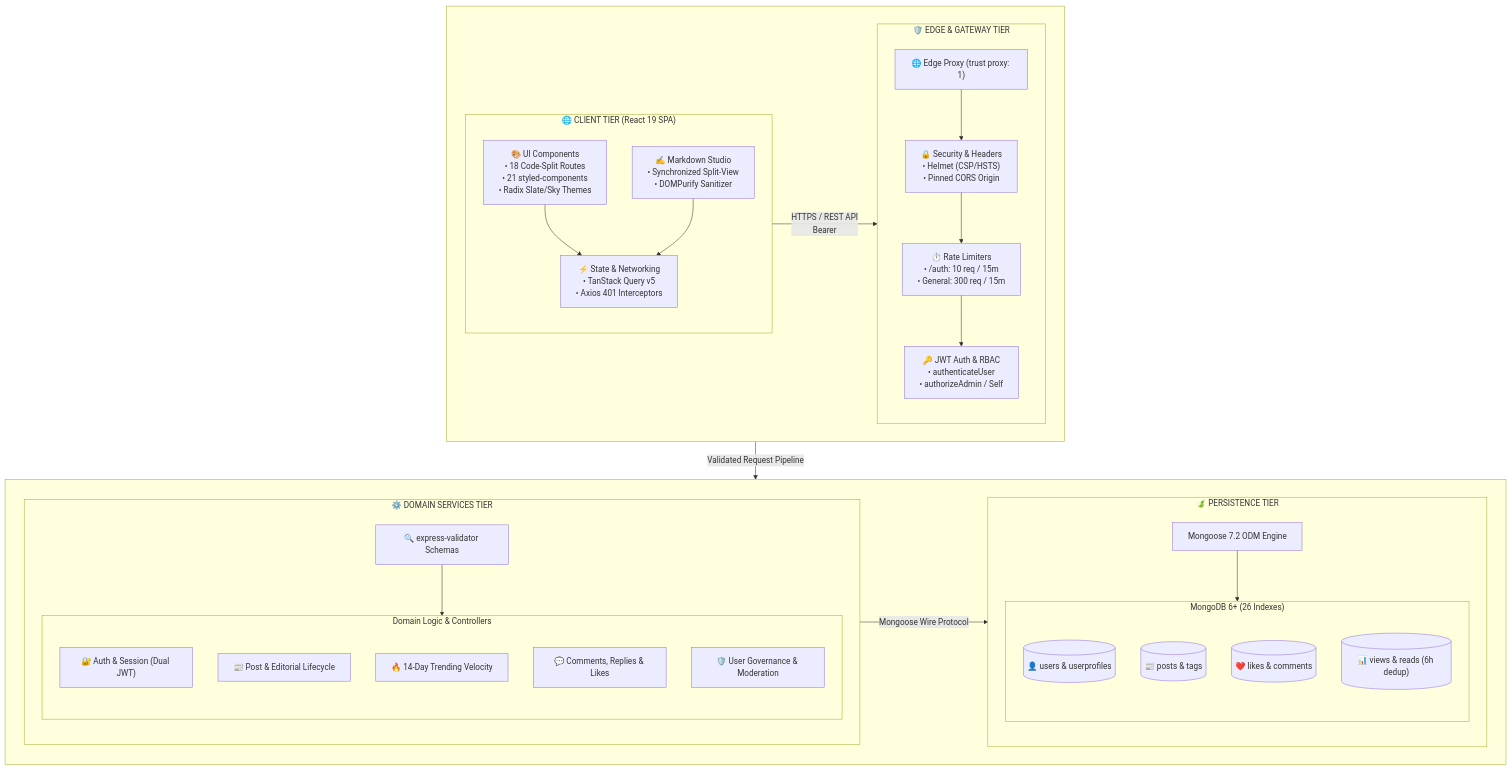
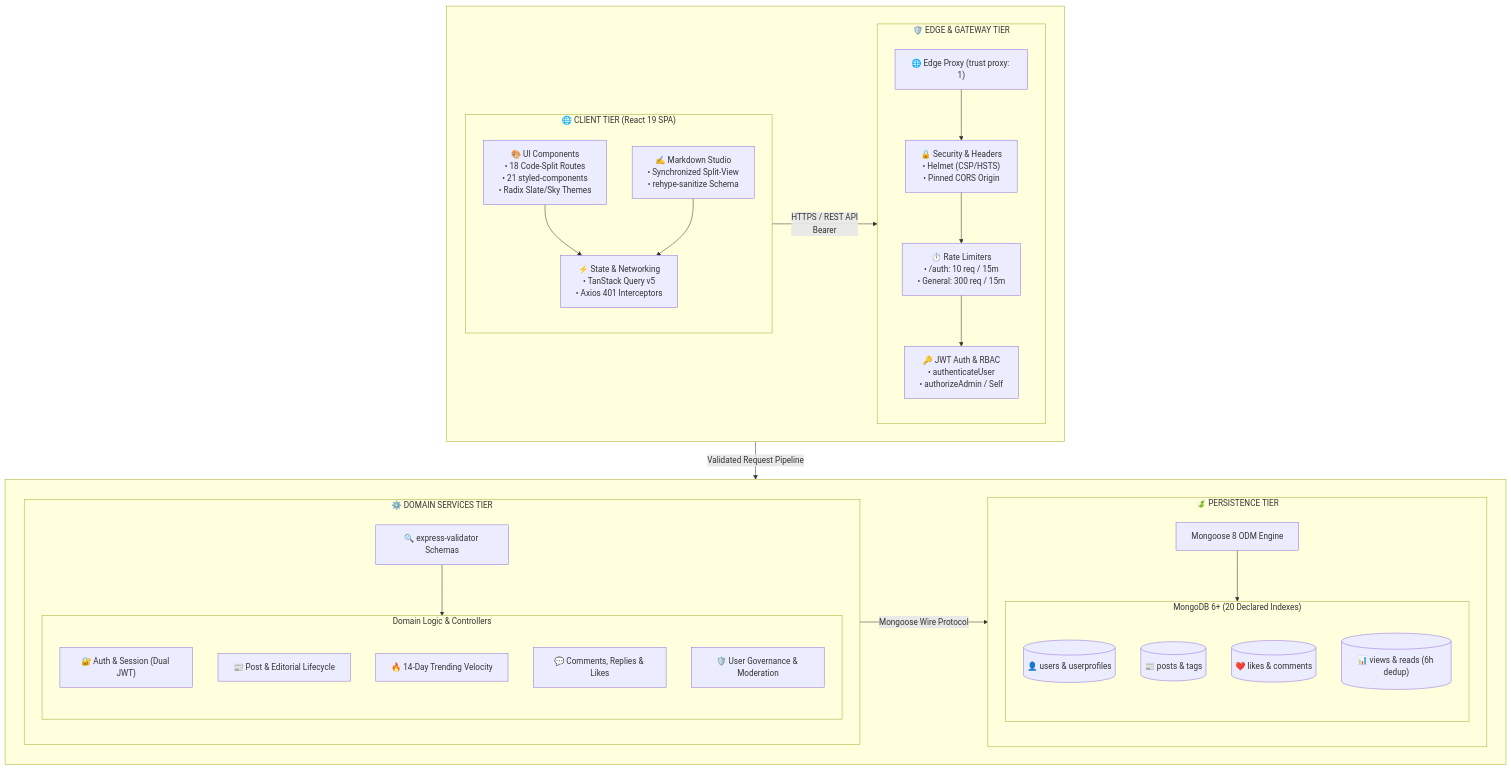
Before and after one commit to Purvesh-PJ/bloghub: the diagram in README.md, drawn with Mermaid. The commit also changed other lines of this file and 24 other files, not shown here.

````diff
--- a/README.md
+++ b/README.md
@@ -147,58 +147,58 @@
 ```mermaid
 flowchart TB
     subgraph TopRow[" "]
         direction LR
         subgraph ClientTier["🌐 CLIENT TIER (React 19 SPA)"]
             direction TB
             UI["🎨 UI Components\n• 18 Code-Split Routes\n• 21 styled-components\n• Radix Slate/Sky Themes"]
-            Editor["✍️ Markdown Studio\n• Synchronized Split-View\n• DOMPurify Sanitizer"]
+            Editor["✍️ Markdown Studio\n• Synchronized Split-View\n• rehype-sanitize Schema"]
             ClientState["⚡ State & Networking\n• TanStack Query v5\n• Axios 401 Interceptors"]
             UI & Editor --> ClientState
         end
 
         subgraph GatewayTier["🛡️ EDGE & GATEWAY TIER"]
             direction TB
             Proxy["🌐 Edge Proxy (trust proxy: 1)"]
             SecMW["🔒 Security & Headers\n• Helmet (CSP/HSTS)\n• Pinned CORS Origin"]
             Rate["⏱️ Rate Limiters\n• /auth: 10 req / 15m\n• General: 300 req / 15m"]
             AuthMW["🔑 JWT Auth & RBAC\n• authenticateUser\n• authorizeAdmin / Self"]
             Proxy --> SecMW --> Rate --> AuthMW
         end
     end
 
     subgraph BottomRow[" "]
         direction LR
         subgraph ServicesTier["⚙️ DOMAIN SERVICES TIER"]
             direction TB
             Validators["🔍 express-validator Schemas"]
 
             subgraph DomainEngines["Domain Logic & Controllers"]
                 direction TB
                 AuthSvc["🔐 Auth & Session (Dual JWT)"]
                 PostSvc["📰 Post & Editorial Lifecycle"]
                 TrendSvc["🔥 14-Day Trending Velocity"]
                 SocialSvc["💬 Comments, Replies & Likes"]
                 AdminSvc["🛡️ User Governance & Moderation"]
             end
             Validators --> DomainEngines
         end
 
         subgraph PersistenceTier["🍃 PERSISTENCE TIER"]
             direction TB
-            ODM["Mongoose 7.2 ODM Engine"]
+            ODM["Mongoose 8 ODM Engine"]
 
-            subgraph DBCollections["MongoDB 6+ (26 Indexes)"]
+            subgraph DBCollections["MongoDB 6+ (20 Declared Indexes)"]
                 direction TB
                 C_Users[("👤 users & userprofiles")]
                 C_Posts[("📰 posts & tags")]
                 C_Social[("❤️ likes & comments")]
                 C_Metrics[("📊 views & reads (6h dedup)")]
             end
             ODM --> DBCollections
         end
     end
 
     ClientState -->|"HTTPS / REST API\nBearer <accessToken>"| Proxy
     AuthMW -->|"Validated Request Pipeline"| Validators
     DomainEngines -->|"Mongoose Wire Protocol"| ODM
 ```
````
